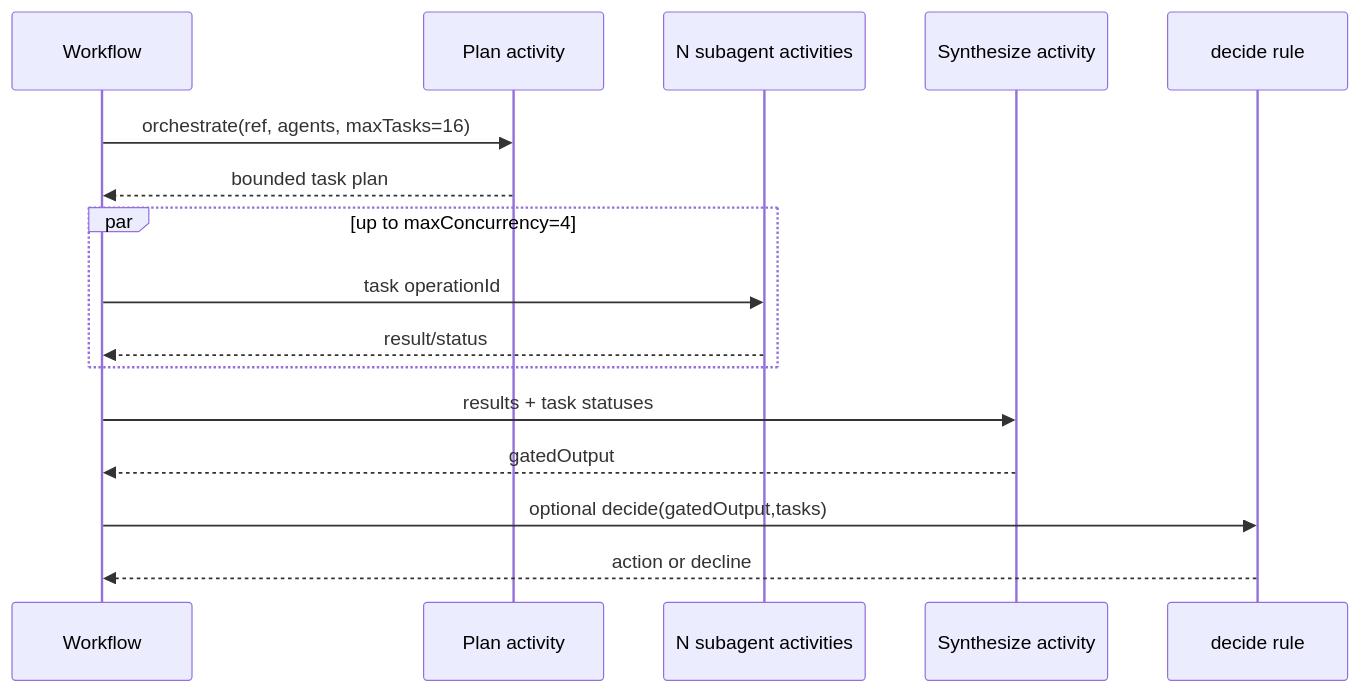
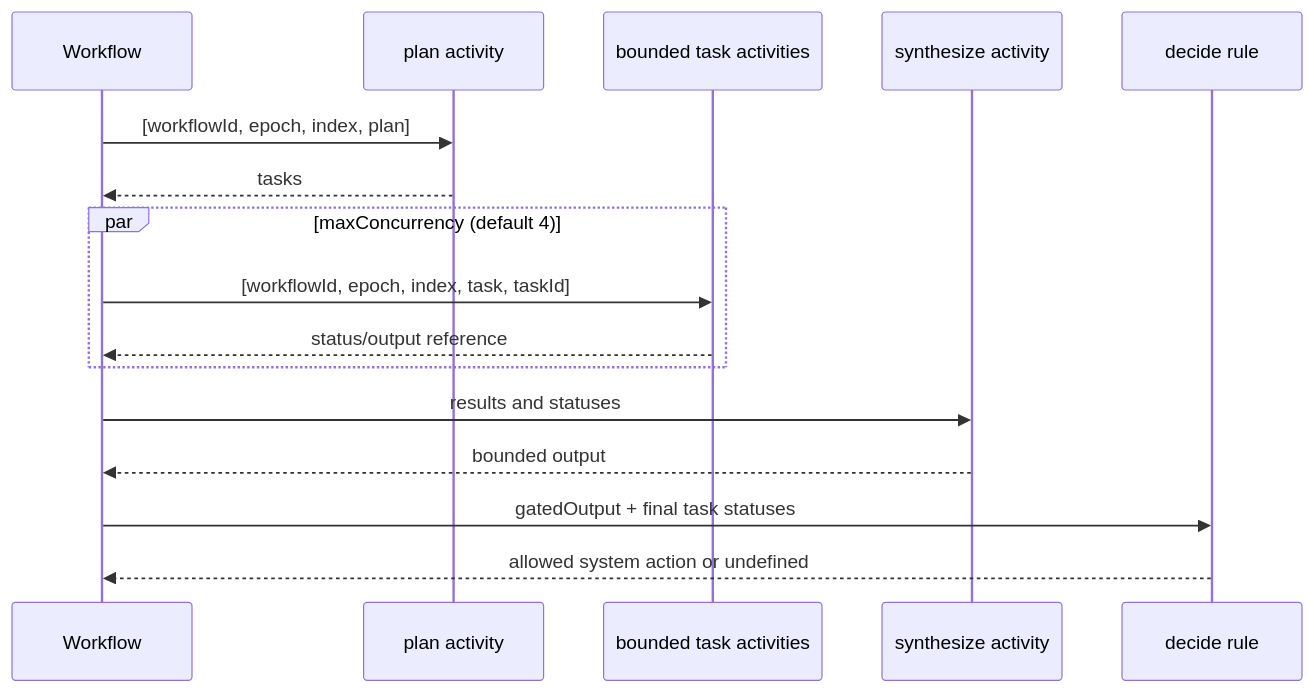
One commit to teopeurt/flowkit changed the seventh of 10 diagrams in docs/definitions-deep-dive.md. Above: the diagram before and after it, drawn with Mermaid. The commit also changed other lines of this file and 1 other file, not shown here.

````diff
--- a/docs/definitions-deep-dive.md
+++ b/docs/definitions-deep-dive.md
@@ -185,18 +182,18 @@
 ```mermaid
 sequenceDiagram
-  participant WF as Workflow
-  participant PLAN as Plan activity
-  participant SUB as N subagent activities
-  participant SYN as Synthesize activity
-  participant RULE as decide rule
-  WF->>PLAN: orchestrate(ref, agents, maxTasks=16)
-  PLAN-->>WF: bounded task plan
-  par up to maxConcurrency=4
-    WF->>SUB: task operationId
-    SUB-->>WF: result/status
-  end
-  WF->>SYN: results + task statuses
-  SYN-->>WF: gatedOutput
-  WF->>RULE: optional decide(gatedOutput,tasks)
-  RULE-->>WF: action or decline
+ participant WF as Workflow
+ participant PLAN as plan activity
+ participant TASK as bounded task activities
+ participant SYN as synthesize activity
+ participant RULE as decide rule
+ WF->>PLAN: [workflowId, epoch, index, plan]
+ PLAN-->>WF: tasks
+ par maxConcurrency (default 4)
+  WF->>TASK: [workflowId, epoch, index, task, taskId]
+  TASK-->>WF: status/output reference
+ end
+ WF->>SYN: results and statuses
+ SYN-->>WF: bounded output
+ WF->>RULE: gatedOutput + final task statuses
+ RULE-->>WF: allowed system action or undefined
 ```
````
